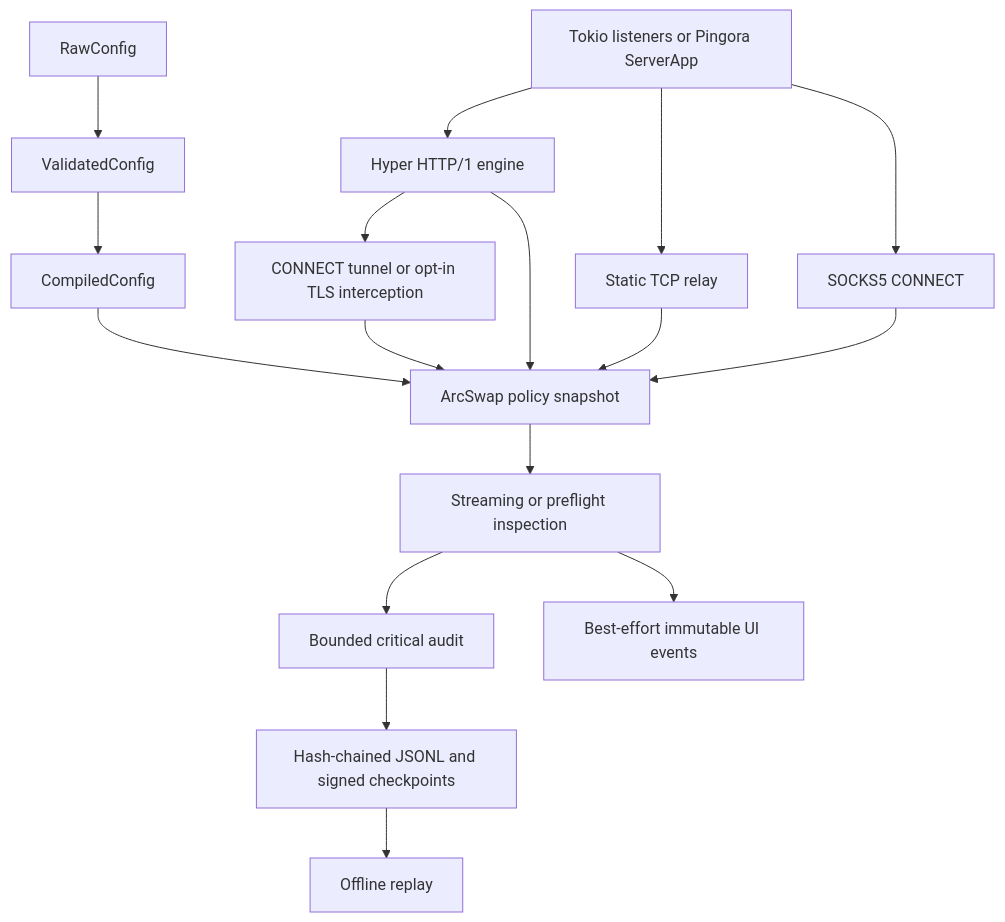
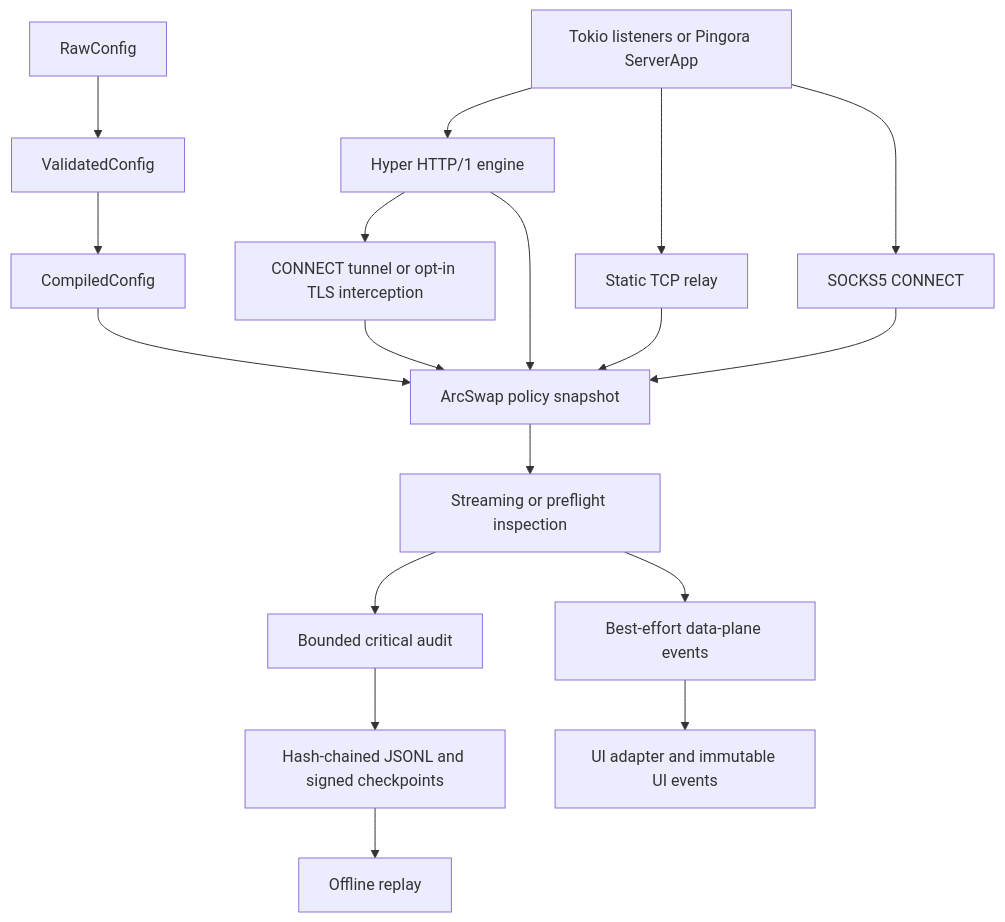
One commit to karanabe/freja changed the first of 2 diagrams in docs/src/content/docs/developer/architecture.md. Above: the diagram before and after it, drawn with Mermaid. The commit also changed other lines of this file and 18 other files, not shown here.

First line of the commit message:
docs: clarify runtime and data-plane boundaries

````diff
--- a/docs/src/content/docs/developer/architecture.md
+++ b/docs/src/content/docs/developer/architecture.md
@@ -17,19 +17,20 @@
 ```mermaid
 flowchart TD
     R[RawConfig] --> V[ValidatedConfig]
     V --> C[CompiledConfig]
     C --> S[ArcSwap policy snapshot]
     L[Tokio listeners or Pingora ServerApp] --> H[Hyper HTTP/1 engine]
     L --> T[Static TCP relay]
     L --> K[SOCKS5 CONNECT]
     H --> X[CONNECT tunnel or opt-in TLS interception]
     H --> S
     T --> S
     K --> S
     X --> S
     S --> I[Streaming or preflight inspection]
     I --> A[Bounded critical audit]
-    I --> U[Best-effort immutable UI events]
+    I --> E[Best-effort data-plane events]
+    E --> U[UI adapter and immutable UI events]
     A --> J[Hash-chained JSONL and signed checkpoints]
     J --> P[Offline replay]
 ```
````
